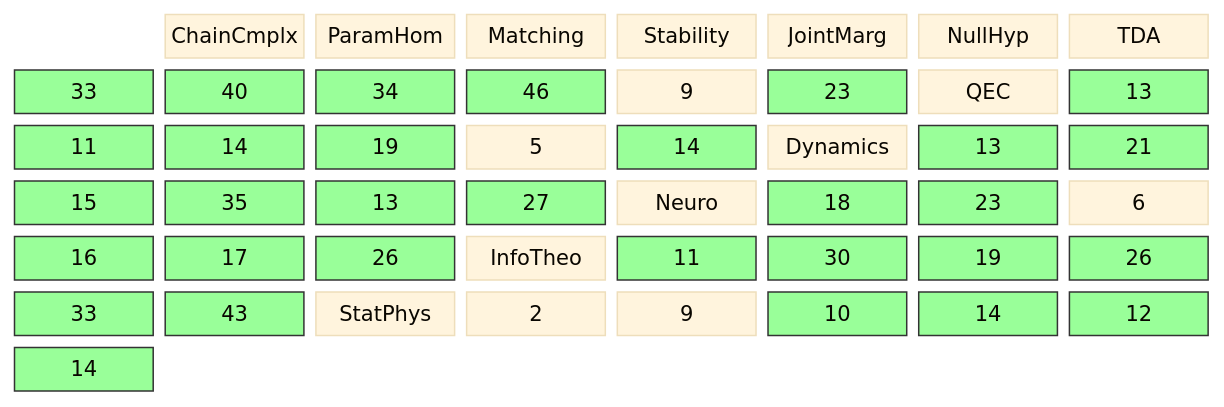
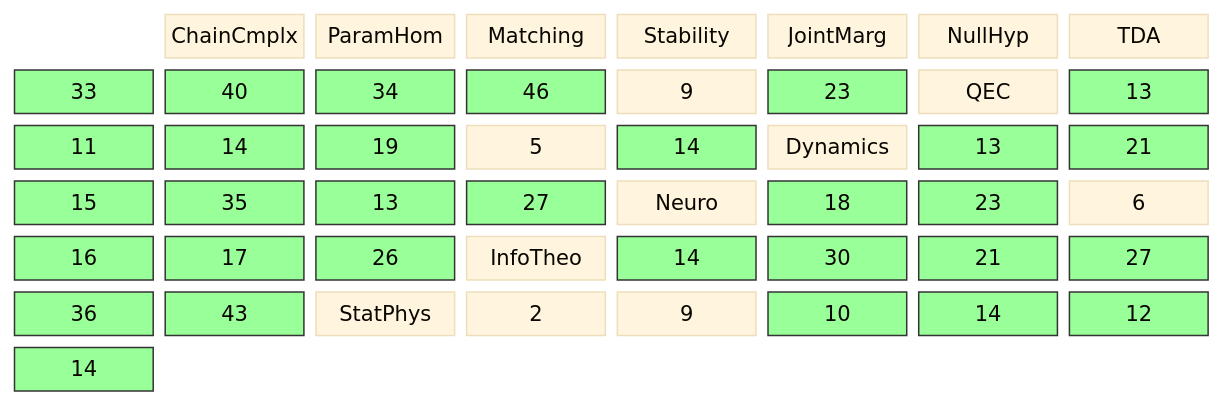
One commit to musicofhel/topoyolo changed the diagram in diagrams/coverage-matrix.md. Above: the diagram before and after it, drawn with Mermaid. The commit also changed other lines of this file and 9 other files, not shown here.

````diff
--- a/diagrams/coverage-matrix.md
+++ b/diagrams/coverage-matrix.md
@@ -22,45 +22,45 @@
 ```mermaid
 %%{init: {'theme': 'base', 'themeVariables': {'fontSize': '14px'}}}%%
 block-beta
   columns 8
 
   space:1 CC["ChainCmplx"] PH["ParamHom"] MA["Matching"] ST["Stability"] JM["JointMarg"] NH["NullHyp"]
 
   TDA["TDA"] TDA_CC["33"] TDA_PH["40"] TDA_MA["34"] TDA_ST["46"] TDA_JM["9"] TDA_NH["23"]
   QEC["QEC"] QEC_CC["13"] QEC_PH["11"] QEC_MA["14"] QEC_ST["19"] QEC_JM["5"] QEC_NH["14"]
   DYN["Dynamics"] DYN_CC["13"] DYN_PH["21"] DYN_MA["15"] DYN_ST["35"] DYN_JM["13"] DYN_NH["27"]
   NEU["Neuro"] NEU_CC["18"] NEU_PH["23"] NEU_MA["6"] NEU_ST["16"] NEU_JM["17"] NEU_NH["26"]
-  IT["InfoTheo"] IT_CC["11"] IT_PH["30"] IT_MA["19"] IT_ST["26"] IT_JM["33"] IT_NH["43"]
+  IT["InfoTheo"] IT_CC["14"] IT_PH["30"] IT_MA["21"] IT_ST["27"] IT_JM["36"] IT_NH["43"]
   SP["StatPhys"] SP_CC["2"] SP_PH["9"] SP_MA["10"] SP_ST["14"] SP_JM["12"] SP_NH["14"]
   style TDA_CC fill:#9f9,stroke:#333
   style TDA_PH fill:#9f9,stroke:#333
   style TDA_MA fill:#9f9,stroke:#333
   style TDA_ST fill:#9f9,stroke:#333
   style TDA_NH fill:#9f9,stroke:#333
   style QEC_CC fill:#9f9,stroke:#333
   style QEC_PH fill:#9f9,stroke:#333
   style QEC_MA fill:#9f9,stroke:#333
   style QEC_ST fill:#9f9,stroke:#333
   style QEC_NH fill:#9f9,stroke:#333
   style DYN_CC fill:#9f9,stroke:#333
   style DYN_PH fill:#9f9,stroke:#333
   style DYN_MA fill:#9f9,stroke:#333
   style DYN_ST fill:#9f9,stroke:#333
   style DYN_JM fill:#9f9,stroke:#333
   style DYN_NH fill:#9f9,stroke:#333
   style NEU_CC fill:#9f9,stroke:#333
   style NEU_PH fill:#9f9,stroke:#333
   style NEU_ST fill:#9f9,stroke:#333
   style NEU_JM fill:#9f9,stroke:#333
   style NEU_NH fill:#9f9,stroke:#333
   style IT_CC fill:#9f9,stroke:#333
   style IT_PH fill:#9f9,stroke:#333
   style IT_MA fill:#9f9,stroke:#333
   style IT_ST fill:#9f9,stroke:#333
   style IT_JM fill:#9f9,stroke:#333
   style IT_NH fill:#9f9,stroke:#333
   style SP_MA fill:#9f9,stroke:#333
   style SP_ST fill:#9f9,stroke:#333
   style SP_JM fill:#9f9,stroke:#333
   style SP_NH fill:#9f9,stroke:#333
 ```
````
